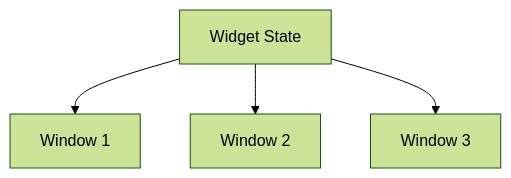
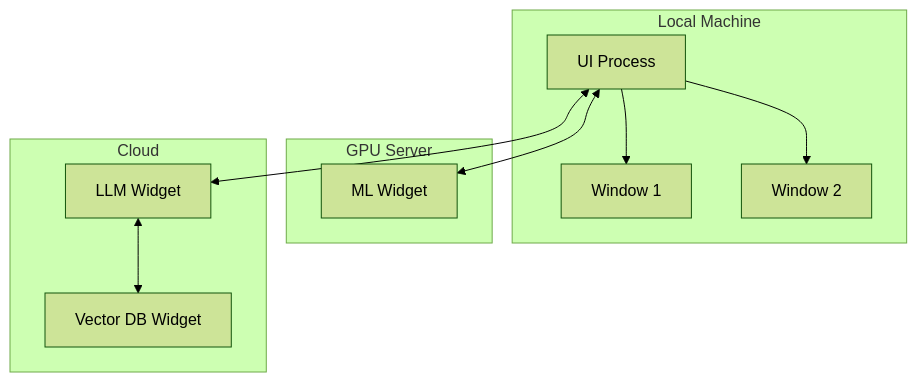
Before and after one commit to usirin/monorepo: the first of 7 diagrams in dream/001-widget-communication.md, drawn with Mermaid (forest theme). The commit also changed other lines of this file, not shown here.

````diff
--- a/dream/001-widget-communication.md
+++ b/dream/001-widget-communication.md
@@ -12,6 +16,17 @@
 ```mermaid
 graph TD
-    A[Widget State] --> B[Window 1]
-    A --> C[Window 2]
-    A --> D[Window 3]
+    subgraph Local Machine
+        A[UI Process] --> B[Window 1]
+        A --> C[Window 2]
+    end
+    subgraph GPU Server
+        D[ML Widget]
+    end
+    subgraph Cloud
+        E[LLM Widget]
+        F[Vector DB Widget]
+    end
+    A <--> D
+    A <--> E
+    E <--> F
 ```
````
